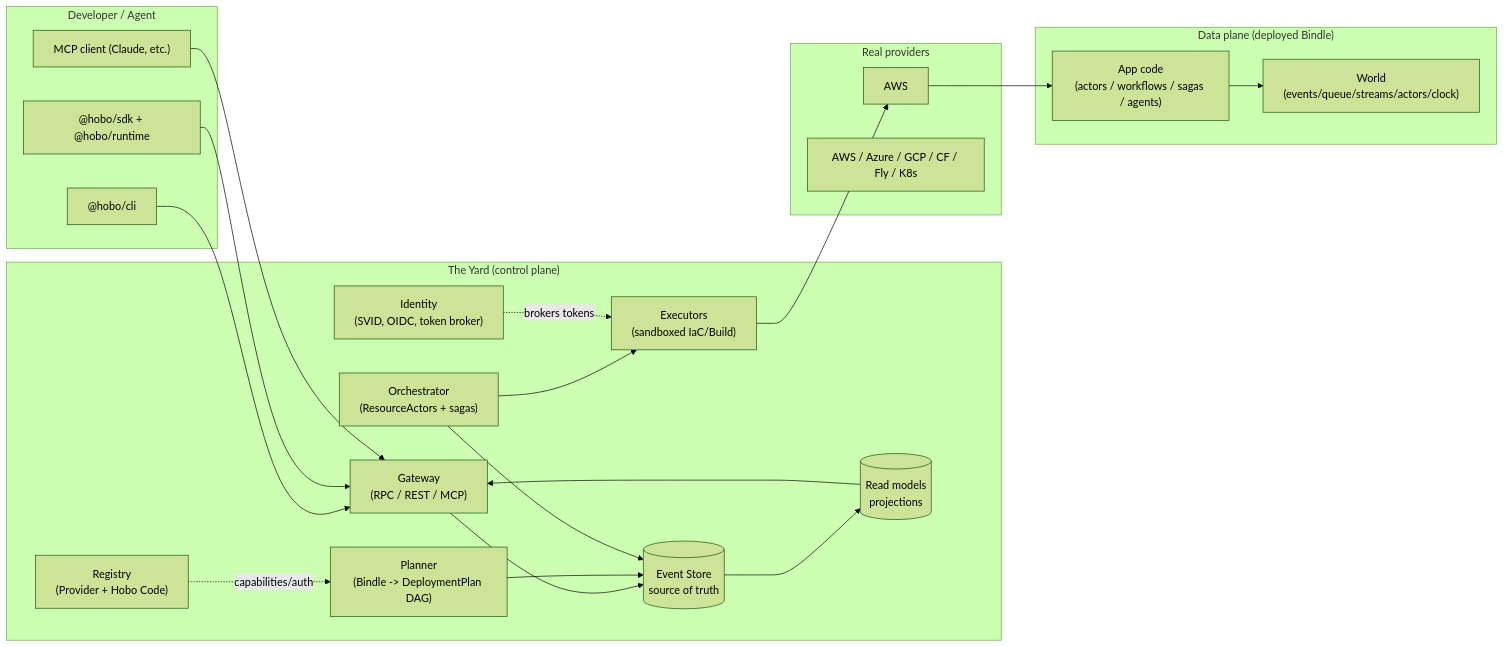
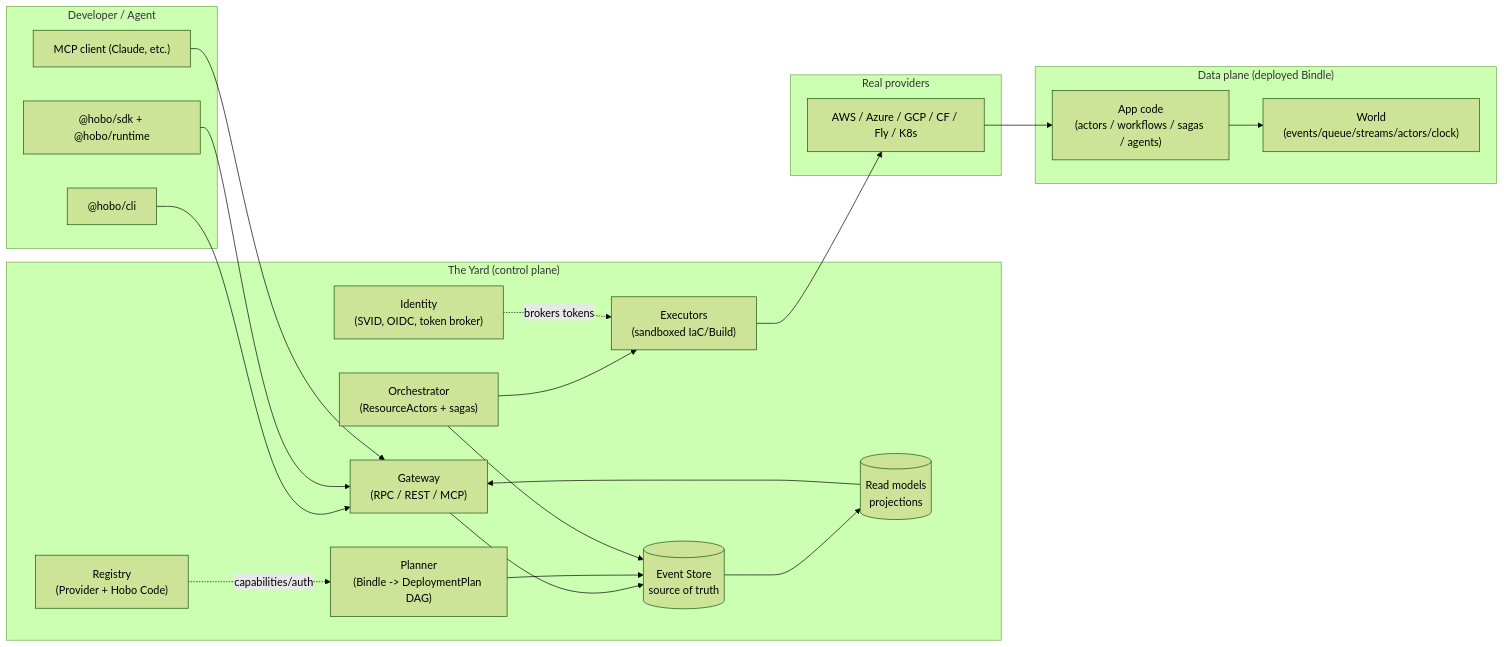
Before and after one commit to Tyler-R-Kendrick/HoBo: the diagram in docs/design/10-architecture-overview.md, drawn with Mermaid (forest theme). The commit also changed 1 other file, not shown here.

Commit message:
docs: fix invalid Mermaid syntax in architecture and Forge diagrams
- 10-architecture-overview: replace invalid `A & B[label]` node decl with a
  single CLOUDS node; update edges
- 06-ai-native-agent-auth: quote Forge node labels and use -->|label| edge
  syntax so the flowchart parses

Both diagrams validated as rendering cleanly. All internal doc links verified.

Claude-Session: https://claude.ai/code/session_01JgpV5nYtMwj7Rdr11atoK5

````diff
--- a/docs/design/10-architecture-overview.md
+++ b/docs/design/10-architecture-overview.md
@@ -14,41 +14,41 @@
 ```mermaid
 flowchart LR
   subgraph Dev["Developer / Agent"]
     SDK["@hobo/sdk + @hobo/runtime"]
     CLI["@hobo/cli"]
     MCP["MCP client (Claude, etc.)"]
   end
 
   subgraph Yard["The Yard (control plane)"]
     GW["Gateway<br/>(RPC / REST / MCP)"]
     ID["Identity<br/>(SVID, OIDC, token broker)"]
     REG["Registry<br/>(Provider + Hobo Code)"]
     PL["Planner<br/>(Bindle -> DeploymentPlan DAG)"]
     OR["Orchestrator<br/>(ResourceActors + sagas)"]
     EX["Executors<br/>(sandboxed IaC/Build)"]
     ES[("Event Store<br/>source of truth")]
     RM[("Read models<br/>projections")]
   end
 
   subgraph Cloud["Real providers"]
-    AWS & AZ["AWS / Azure / GCP / CF / Fly / K8s"]
+    CLOUDS["AWS / Azure / GCP / CF / Fly / K8s"]
   end
 
   subgraph Data["Data plane (deployed Bindle)"]
     APP["App code<br/>(actors / workflows / sagas / agents)"]
     WORLD["World<br/>(events/queue/streams/actors/clock)"]
   end
 
   CLI & SDK & MCP --> GW
   GW --> ES
   PL --> ES
   OR --> ES
   OR --> EX
-  EX --> AWS
+  EX --> CLOUDS
   ID -. brokers tokens .-> EX
   REG -. capabilities/auth .-> PL
   ES --> RM
   RM --> GW
-  AWS --> APP
+  CLOUDS --> APP
   APP --> WORLD
 ```
````
